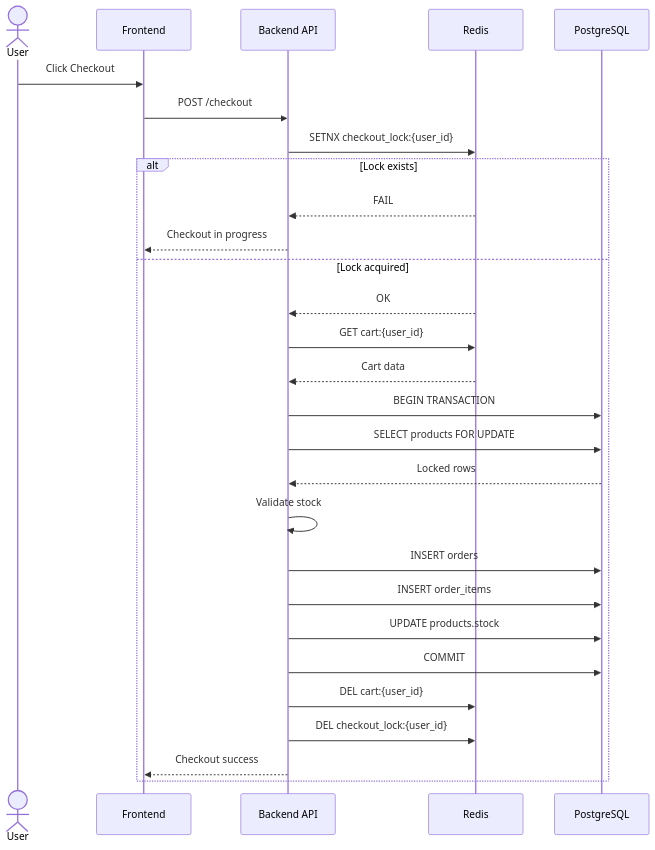
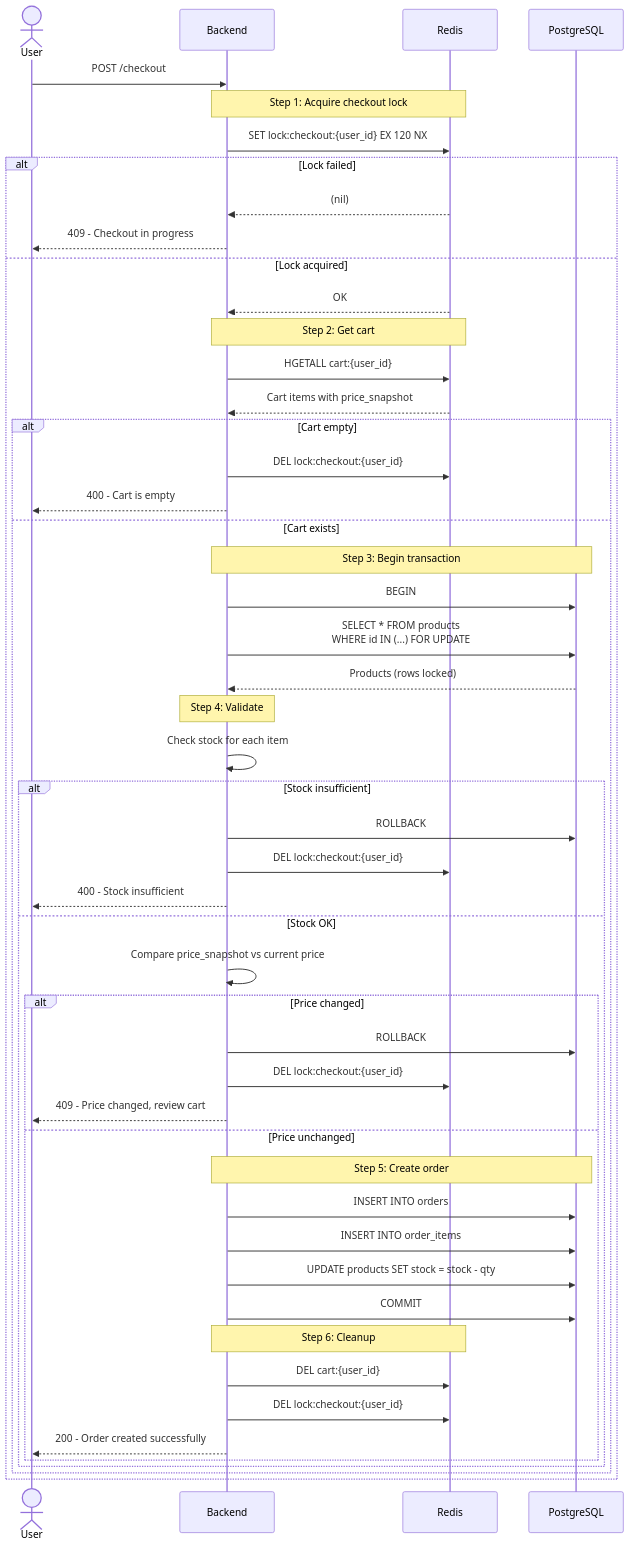
One commit to ItsnaMaulanaHasan/system-design-carts-system changed the seventh of 8 diagrams in README.md. Above: the diagram before and after it, drawn with Mermaid. The commit also changed other lines of this file, not shown here.

Commit message:
feat: update sequence diagram

````diff
--- a/README.md
+++ b/README.md
@@ -320,38 +340,62 @@
 ```mermaid
 sequenceDiagram
     actor User
-    participant FE as Frontend
-    participant BE as Backend API
+    participant BE as Backend
     participant R as Redis
     participant DB as PostgreSQL
 
-    User ->> FE: Click Checkout
-    FE ->> BE: POST /checkout
+    User ->> BE: POST /checkout
 
-    BE ->> R: SETNX checkout_lock:{user_id}
-    alt Lock exists
-        R -->> BE: FAIL
-        BE -->> FE: Checkout in progress
+    Note over BE,R: Step 1: Acquire checkout lock
+    BE ->> R: SET lock:checkout:{user_id} EX 120 NX
+
+    alt Lock failed
+        R -->> BE: (nil)
+        BE -->> User: 409 - Checkout in progress
     else Lock acquired
         R -->> BE: OK
 
-        BE ->> R: GET cart:{user_id}
-        R -->> BE: Cart data
+        Note over BE,R: Step 2: Get cart
+        BE ->> R: HGETALL cart:{user_id}
+        R -->> BE: Cart items with price_snapshot
 
-        BE ->> DB: BEGIN TRANSACTION
-        BE ->> DB: SELECT products FOR UPDATE
-        DB -->> BE: Locked rows
+        alt Cart empty
+            BE ->> R: DEL lock:checkout:{user_id}
+            BE -->> User: 400 - Cart is empty
+        else Cart exists
+            Note over BE,DB: Step 3: Begin transaction
+            BE ->> DB: BEGIN
+            BE ->> DB: SELECT * FROM products<br/>WHERE id IN (...) FOR UPDATE
+            DB -->> BE: Products (rows locked)
 
-        BE ->> BE: Validate stock
+            Note over BE: Step 4: Validate
+            BE ->> BE: Check stock for each item
 
-        BE ->> DB: INSERT orders
-        BE ->> DB: INSERT order_items
-        BE ->> DB: UPDATE products.stock
-        BE ->> DB: COMMIT
+            alt Stock insufficient
+                BE ->> DB: ROLLBACK
+                BE ->> R: DEL lock:checkout:{user_id}
+                BE -->> User: 400 - Stock insufficient
+            else Stock OK
+                BE ->> BE: Compare price_snapshot vs current price
 
-        BE ->> R: DEL cart:{user_id}
-        BE ->> R: DEL checkout_lock:{user_id}
+                alt Price changed
+                    BE ->> DB: ROLLBACK
+                    BE ->> R: DEL lock:checkout:{user_id}
+                    BE -->> User: 409 - Price changed, review cart
+                else Price unchanged
+                    Note over BE,DB: Step 5: Create order
+                    BE ->> DB: INSERT INTO orders
+                    BE ->> DB: INSERT INTO order_items
+                    BE ->> DB: UPDATE products SET stock = stock - qty
+                    BE ->> DB: COMMIT
 
-        BE -->> FE: Checkout success
+                    Note over BE,R: Step 6: Cleanup
+                    BE ->> R: DEL cart:{user_id}
+                    BE ->> R: DEL lock:checkout:{user_id}
+
+                    BE -->> User: 200 - Order created successfully
+                end
+            end
+        end
     end
 ```
````
